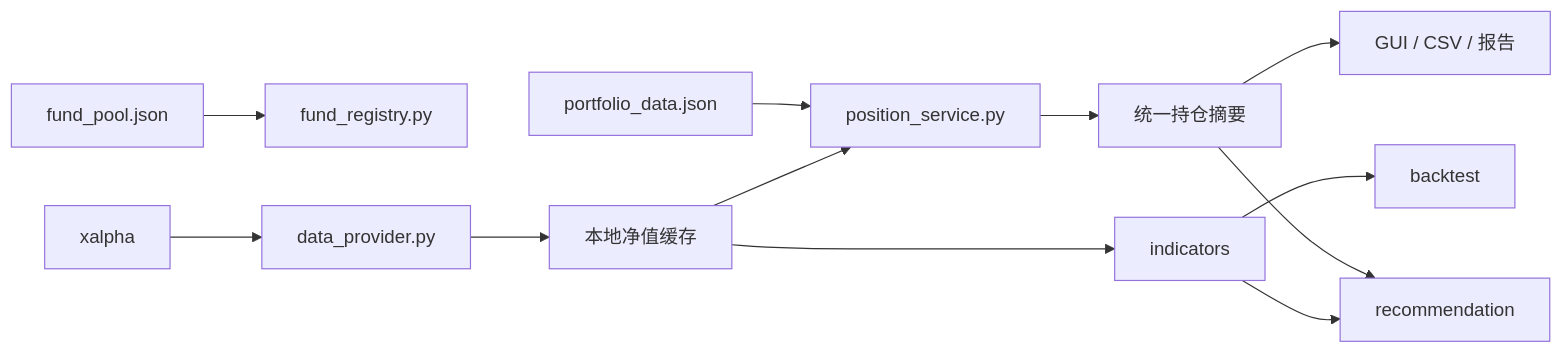
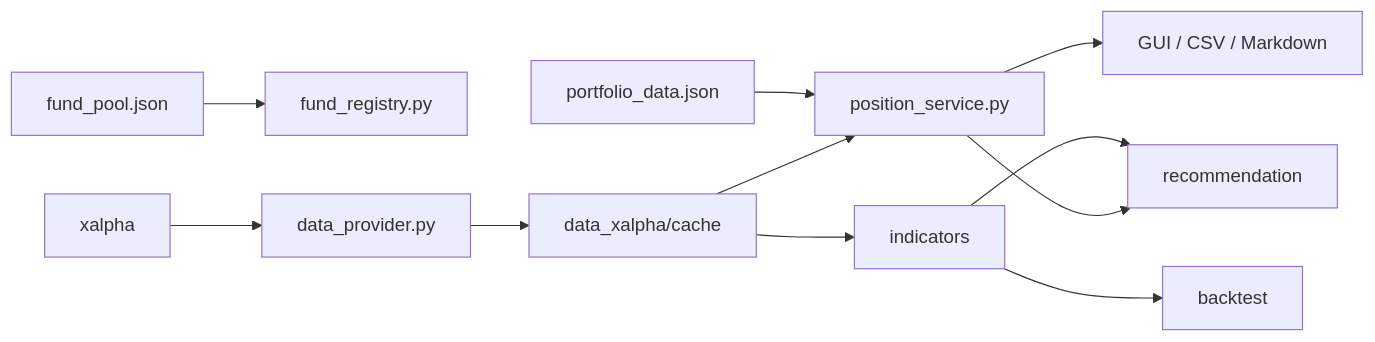
Before and after one commit to LinkMao6/TianJi_2601_Personal-Fund-Position-Analysis-System: the diagram in README.md, drawn with Mermaid. The commit also changed other lines of this file, not shown here.

````diff
--- a/README.md
+++ b/README.md
@@ -137,14 +175,13 @@
 ```mermaid
 flowchart LR
     A["fund_pool.json"] --> B["fund_registry.py"]
-    X["xalpha"] --> C["data_provider.py"]
-    C --> D["本地净值缓存"]
-    D --> E["position_service.py"]
-    F["portfolio_data.json"] --> E
-    E --> G["统一持仓摘要"]
-    G --> H["GUI / CSV / 报告"]
-    D --> I["indicators"]
+    C["xalpha"] --> D["data_provider.py"]
+    D --> E["data_xalpha/cache"]
+    F["portfolio_data.json"] --> G["position_service.py"]
+    E --> G
+    G --> H["GUI / CSV / Markdown"]
+    E --> I["indicators"]
     I --> J["backtest"]
     I --> K["recommendation"]
     G --> K
 ```
````
